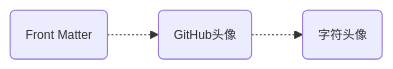
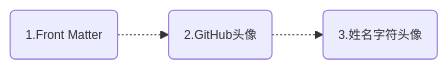
One commit to jaywhj/jaywhj.github.io changed the third of 3 diagrams in docs/document-dates-zh.md. Above: the diagram before and after it, drawn with Mermaid. The commit also changed other lines of this file and 9 other files, not shown here.

````diff
--- a/docs/document-dates-zh.md
+++ b/docs/document-dates-zh.md
@@ -160,8 +221,8 @@
 ```mermaid
 %%{init: {'theme': 'default', 'themeVariables': {'fontSize': '12px'}}}%%
 flowchart LR
-    A(Front Matter)
-    B(GitHub头像)
-    C(字符头像)
+    A(1.Front Matter)
+    B(2.GitHub头像)
+    C(3.姓名字符头像)
     A -.-> B -.-> C
 ```
````
